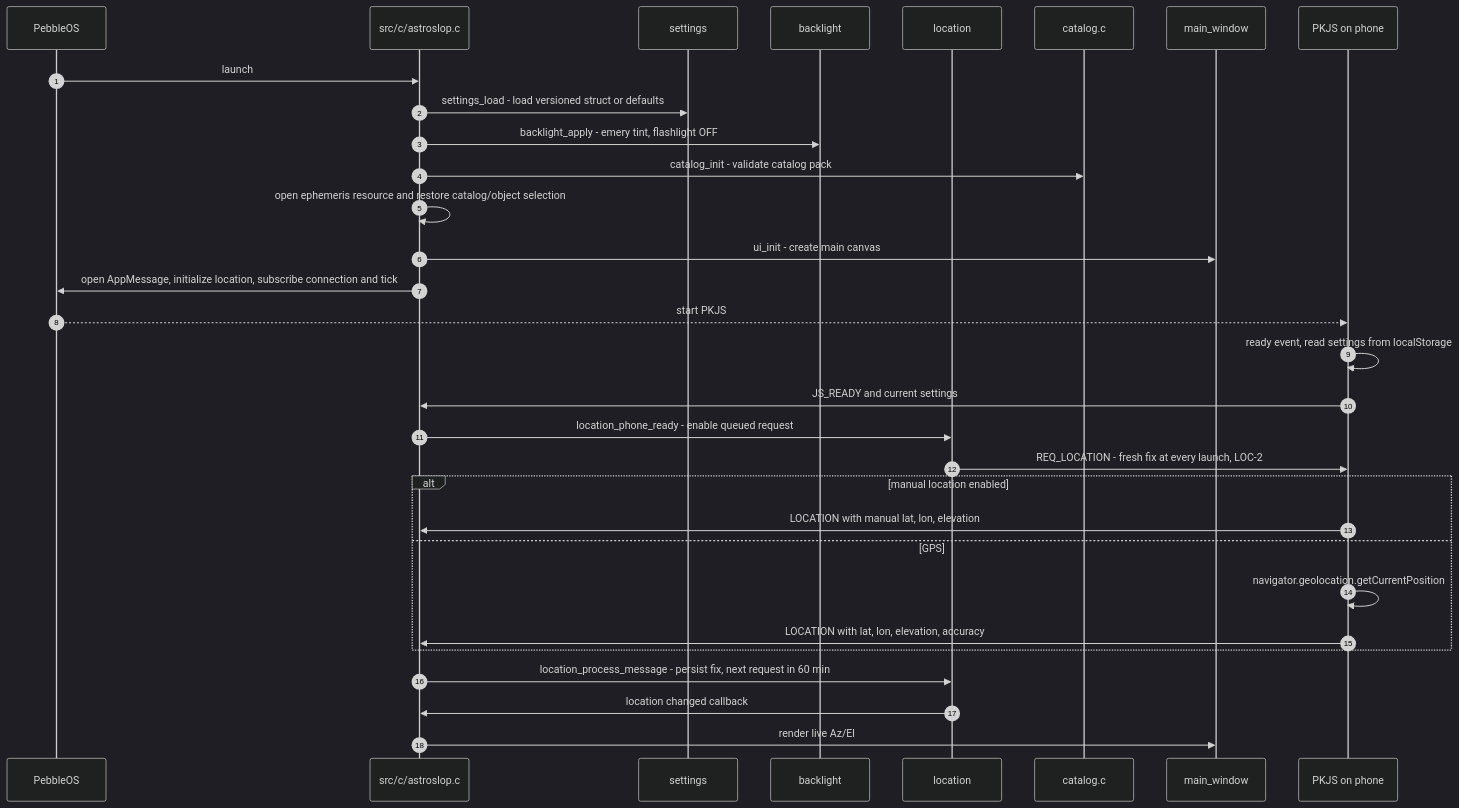
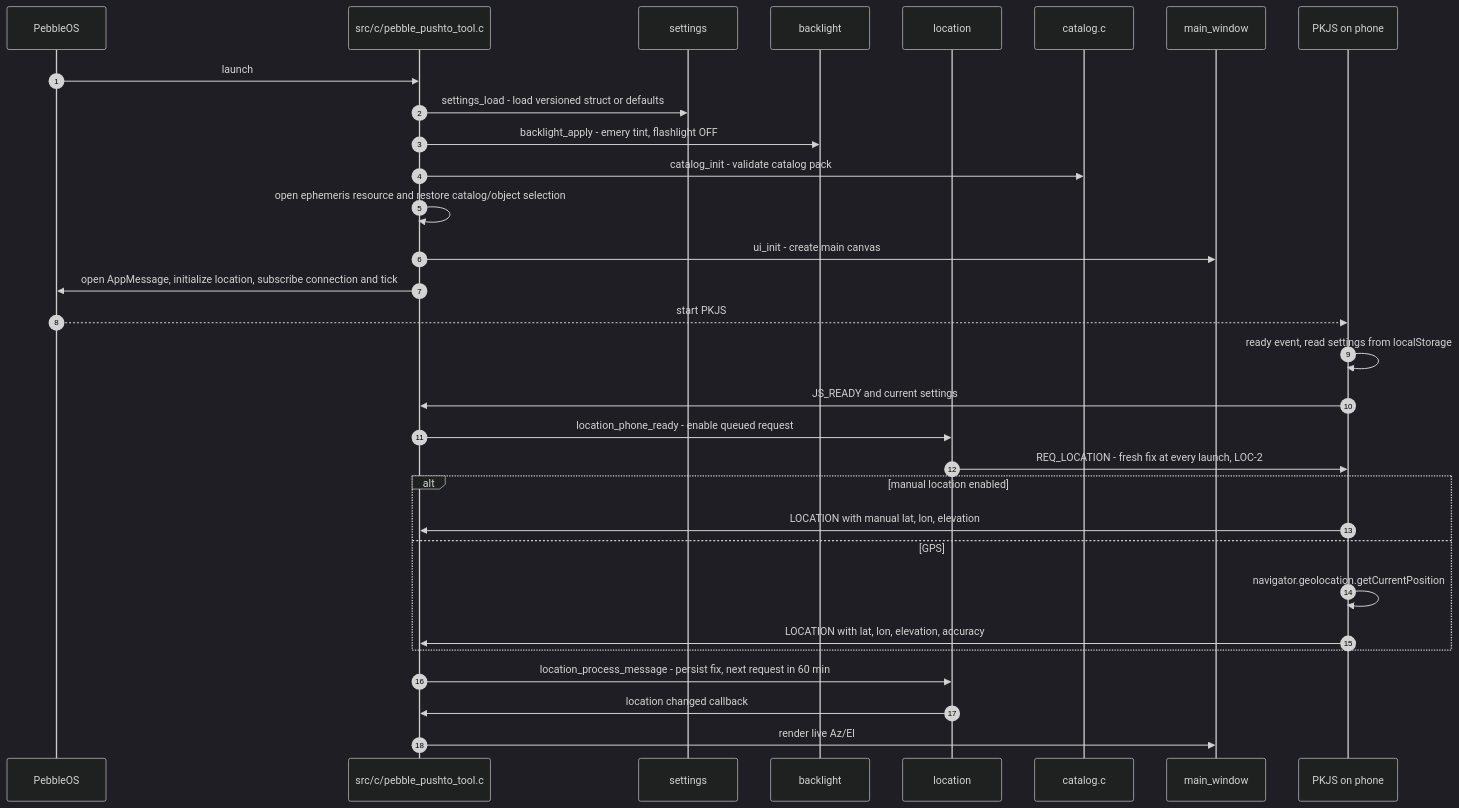
One commit to ewsandor/AstroSlop changed the second of 10 diagrams in docs/DESIGN.md. Above: the diagram before and after it, drawn with Mermaid (dark theme). The commit also changed other lines of this file and 10 other files, not shown here.

First line of the commit message:
Replace AstroSlop references with Pebble PushTo Tool branding (#60)

````diff
--- a/docs/DESIGN.md
+++ b/docs/DESIGN.md
@@ -458,34 +459,34 @@
 ```mermaid
 sequenceDiagram
     autonumber
     participant OS as PebbleOS
-    participant M as src/c/astroslop.c
+    participant M as src/c/pebble_pushto_tool.c
     participant S as settings
     participant BL as backlight
     participant L as location
     participant R as catalog.c
     participant UI as main_window
     participant JS as PKJS on phone
 
     OS->>M: launch
     M->>S: settings_load - load versioned struct or defaults
     M->>BL: backlight_apply - emery tint, flashlight OFF
     M->>R: catalog_init - validate catalog pack
     M->>M: open ephemeris resource and restore catalog/object selection
     M->>UI: ui_init - create main canvas
     M->>OS: open AppMessage, initialize location, subscribe connection and tick
     OS-->>JS: start PKJS
     JS->>JS: ready event, read settings from localStorage
     JS->>M: JS_READY and current settings
     M->>L: location_phone_ready - enable queued request
     L->>JS: REQ_LOCATION - fresh fix at every launch, LOC-2
     alt manual location enabled
         JS->>M: LOCATION with manual lat, lon, elevation
     else GPS
         JS->>JS: navigator.geolocation.getCurrentPosition
         JS->>M: LOCATION with lat, lon, elevation, accuracy
     end
     M->>L: location_process_message - persist fix, next request in 60 min
     L->>M: location changed callback
     M->>UI: render live Az/El
 ```
````
